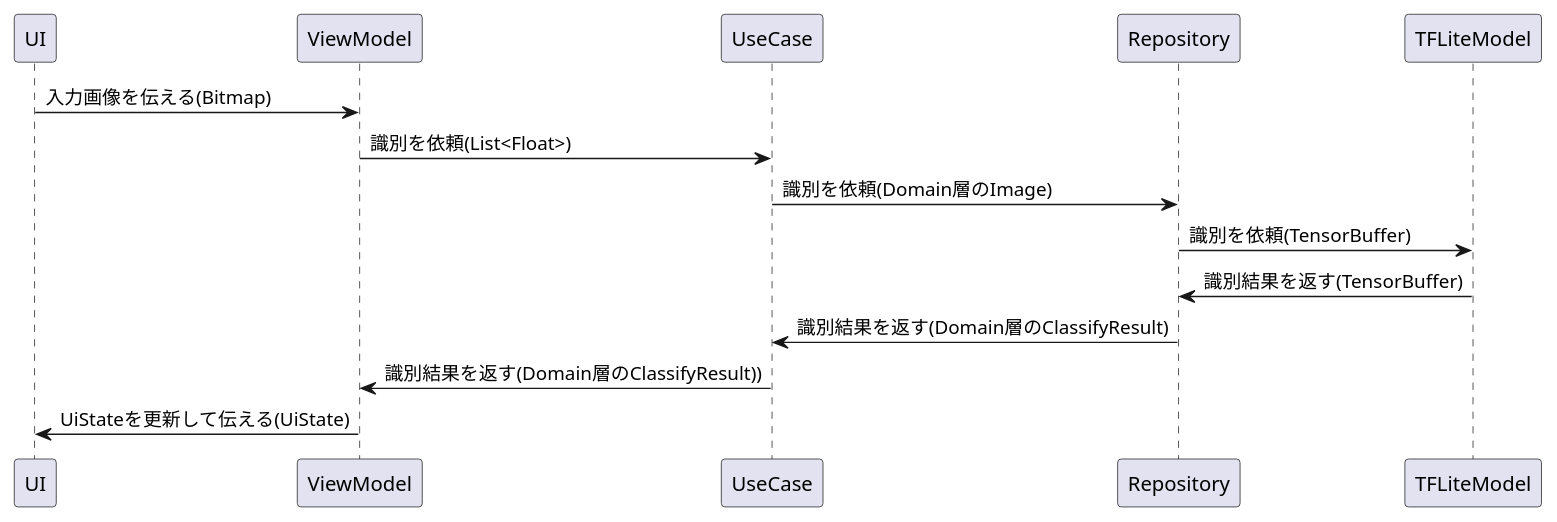
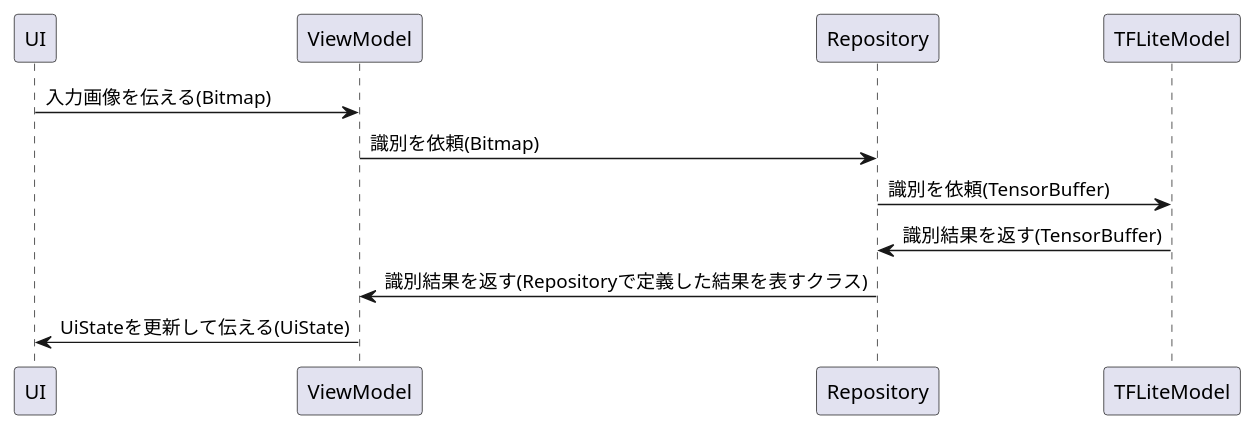
The diagram in puml/architecture.puml (Wansuko-cmd/mnist-application), drawn with PlantUML before and after one commit. The commit also changed 1 other file, not shown here.

```diff
--- a/puml/architecture.puml
+++ b/puml/architecture.puml
@@ -1,10 +1,8 @@
 @startuml
 UI -> ViewModel:入力画像を伝える(Bitmap)
-ViewModel -> UseCase:識別を依頼(List<Float>)
-UseCase -> Repository:識別を依頼(Domain層のImage)
+ViewModel -> Repository:識別を依頼(Bitmap)
 Repository -> TFLiteModel:識別を依頼(TensorBuffer)
 TFLiteModel -> Repository:識別結果を返す(TensorBuffer)
-Repository -> UseCase:識別結果を返す(Domain層のClassifyResult)
-UseCase -> ViewModel:識別結果を返す(Domain層のClassifyResult))
+Repository -> ViewModel:識別結果を返す(Repositoryで定義した結果を表すクラス)
 ViewModel -> UI:UiStateを更新して伝える(UiState)
 @enduml
```
